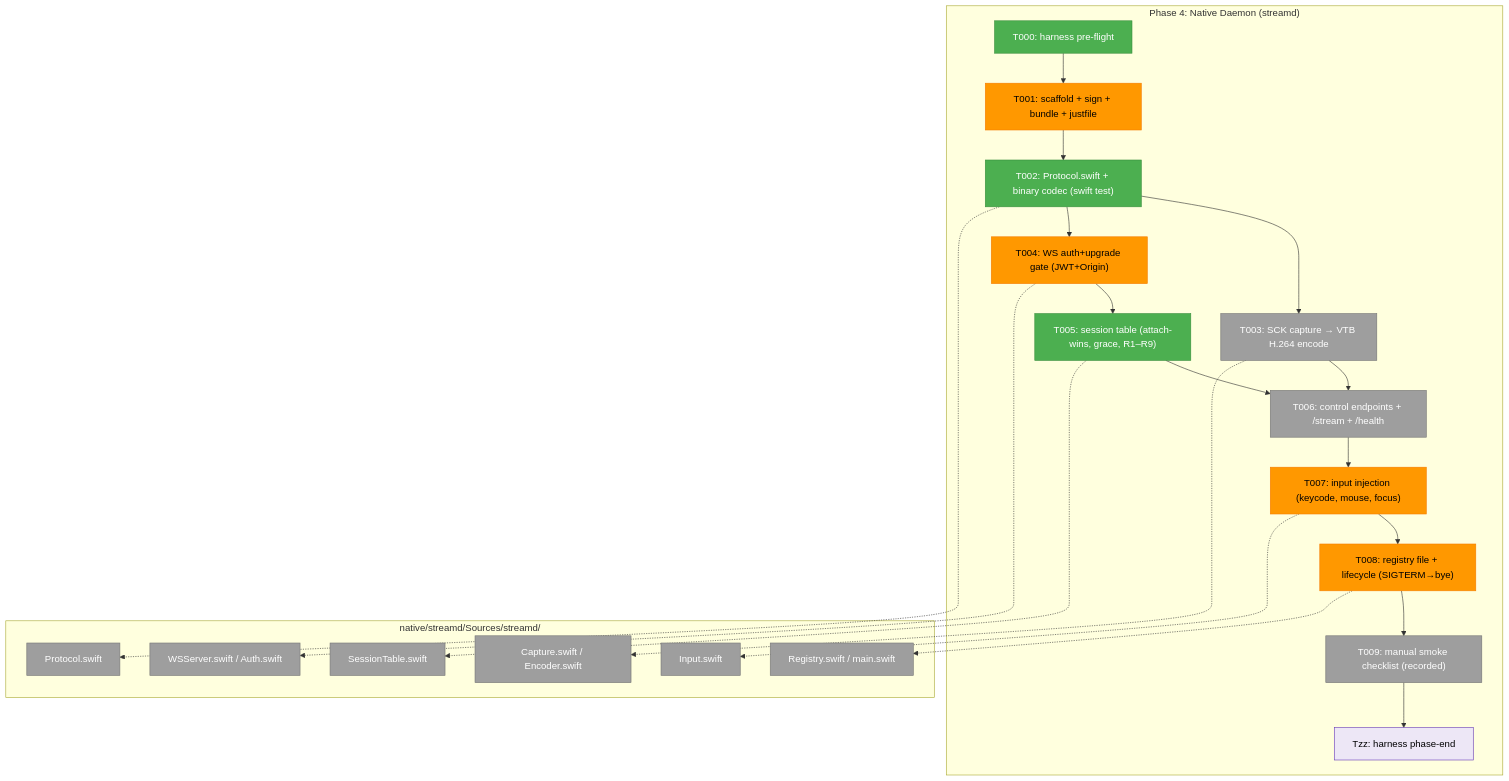
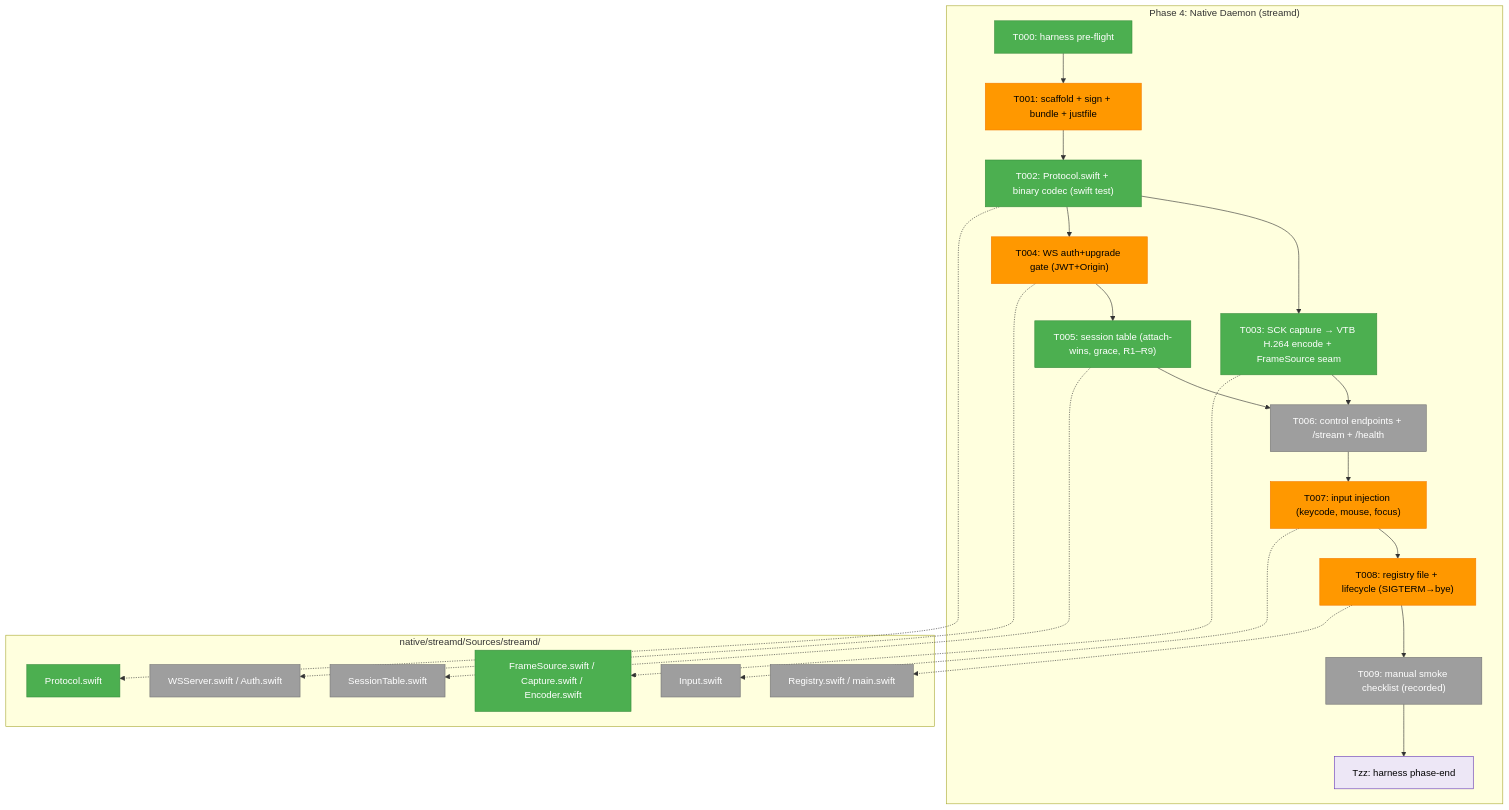
The first of 3 diagrams in docs/plans/088-remote-app-view/tasks/phase-4-native-daemon-swift/tasks.md (AI-Substrate/chainglass), drawn with Mermaid before and after one commit. The commit also changed other lines of this file and 4 other files, not shown here.

First line of the commit message:
feat(remote-view): T003 capture/encode pipeline + FrameSource seam (Plan 088 Phase 4)

````diff
--- a/docs/plans/088-remote-app-view/tasks/phase-4-native-daemon-swift/tasks.md
+++ b/docs/plans/088-remote-app-view/tasks/phase-4-native-daemon-swift/tasks.md
@@ -112,42 +112,42 @@
 ```mermaid
 flowchart TD
     classDef pending fill:#9E9E9E,stroke:#757575,color:#fff
     classDef seam fill:#EDE7F6,stroke:#673AB7,color:#000
     classDef test fill:#E3F2FD,stroke:#1976D2,color:#000
     classDef completed fill:#4CAF50,stroke:#388E3C,color:#fff
     classDef inprogress fill:#FF9800,stroke:#F57C00,color:#000
 
     subgraph Phase["Phase 4: Native Daemon (streamd)"]
         T000["T000: harness pre-flight"]:::completed
         T001["T001: scaffold + sign + bundle + justfile"]:::inprogress
         T002["T002: Protocol.swift + binary codec (swift test)"]:::completed
-        T003["T003: SCK capture → VTB H.264 encode"]:::pending
+        T003["T003: SCK capture → VTB H.264 encode + FrameSource seam"]:::completed
         T004["T004: WS auth+upgrade gate (JWT+Origin)"]:::inprogress
         T005["T005: session table (attach-wins, grace, R1–R9)"]:::completed
         T006["T006: control endpoints + /stream + /health"]:::pending
         T007["T007: input injection (keycode, mouse, focus)"]:::inprogress
         T008["T008: registry file + lifecycle (SIGTERM→bye)"]:::inprogress
         T009["T009: manual smoke checklist (recorded)"]:::pending
         Tzz["Tzz: harness phase-end"]:::seam
         T000 --> T001 --> T002 --> T003
         T002 --> T004 --> T005 --> T006
         T003 --> T006
         T006 --> T007 --> T008 --> T009 --> Tzz
     end
 
     subgraph Sources["native/streamd/Sources/streamd/"]
-        F1["Protocol.swift"]:::pending
-        F2["Capture.swift / Encoder.swift"]:::pending
+        F1["Protocol.swift"]:::completed
+        F2["FrameSource.swift / Capture.swift / Encoder.swift"]:::completed
         F3["WSServer.swift / Auth.swift"]:::pending
         F4["SessionTable.swift"]:::pending
         F5["Input.swift"]:::pending
         F6["Registry.swift / main.swift"]:::pending
     end
 
     T002 -.-> F1
     T003 -.-> F2
     T004 -.-> F3
     T005 -.-> F4
     T007 -.-> F5
     T008 -.-> F6
 ```
````
